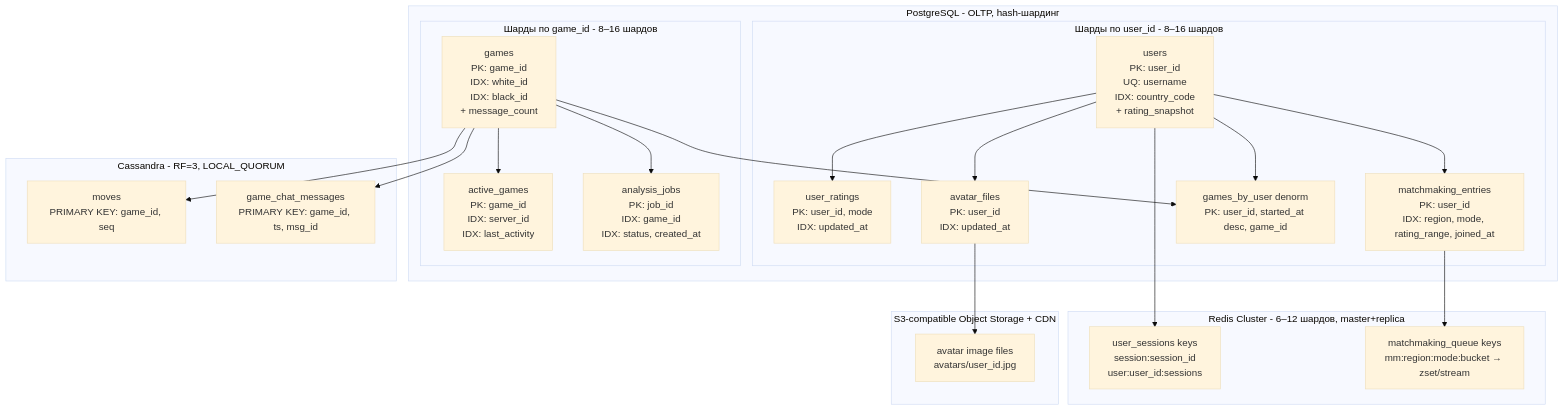
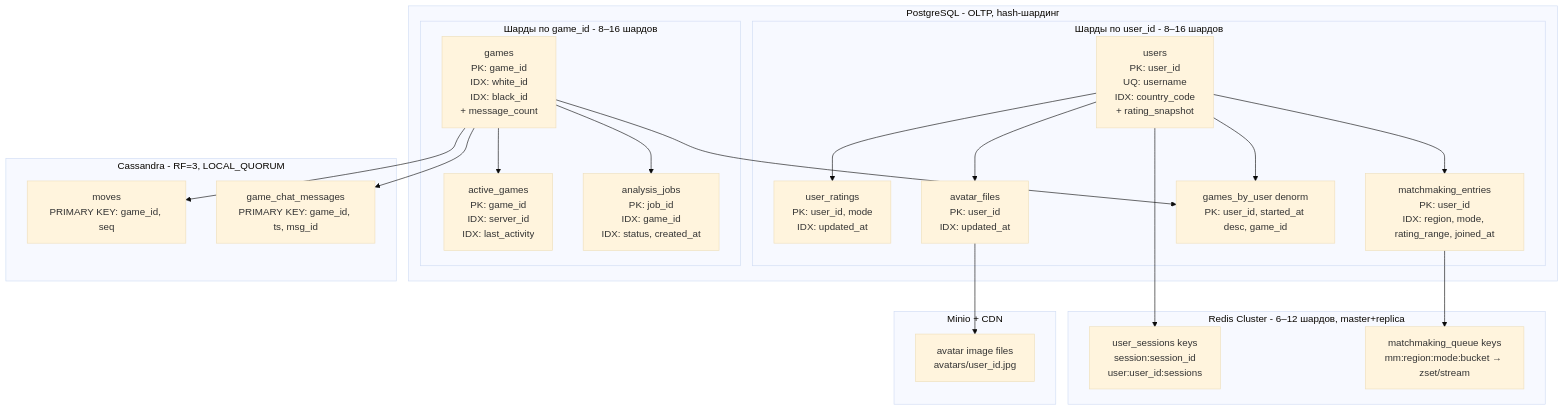
Before and after one commit to Xeonoff/HighloadChessCom_VKTP: the fifth of 5 diagrams in README.md, drawn with Mermaid (base theme). The commit also changed other lines of this file, not shown here.

````diff
--- a/README.md
+++ b/README.md
@@ -603,50 +602,50 @@
 ```mermaid
 graph TD
     %% СУБД
     subgraph PG["PostgreSQL - OLTP, hash-шардинг"]
         subgraph PG_USERS["Шарды по user_id - 8–16 шардов"]
             users[users<br/>PK: user_id<br/>UQ: username<br/>IDX: country_code<br/>+ rating_snapshot]
             user_ratings[user_ratings<br/>PK: user_id, mode<br/>IDX: updated_at]
             avatars_meta[avatar_files<br/>PK: user_id<br/>IDX: updated_at]
             mm_entries[matchmaking_entries<br/>PK: user_id<br/>IDX: region, mode, rating_range, joined_at]
             games_by_user[games_by_user denorm<br/>PK: user_id, started_at desc, game_id]
         end
 
         subgraph PG_GAMES["Шарды по game_id - 8–16 шардов"]
             games[games<br/>PK: game_id<br/>IDX: white_id<br/>IDX: black_id<br/>+ message_count]
             active_games[active_games<br/>PK: game_id<br/>IDX: server_id<br/>IDX: last_activity]
             analysis_jobs[analysis_jobs<br/>PK: job_id<br/>IDX: game_id<br/>IDX: status, created_at]
         end
     end
 
     subgraph CASS["Cassandra - RF=3, LOCAL_QUORUM"]
         moves[moves<br/>PRIMARY KEY: game_id, seq]
         chat[game_chat_messages<br/>PRIMARY KEY: game_id, ts, msg_id]
     end
 
     subgraph REDIS["Redis Cluster - 6–12 шардов, master+replica"]
         sessions[user_sessions keys<br/>session:session_id<br/>user:user_id:sessions]
         mm_queue[matchmaking_queue keys<br/>mm:region:mode:bucket → zset/stream]
     end
 
-    subgraph S3["S3-compatible Object Storage + CDN"]
+    subgraph S3["Minio + CDN"]
         avatars[avatar image files<br/>avatars/user_id.jpg]
     end
 
     %% Связи логики
     users --> user_ratings
     users --> avatars_meta
     users --> mm_entries
     users --> games_by_user
     users --> sessions
 
     avatars_meta --> avatars
 
     games --> moves
     games --> chat
     games --> active_games
     games --> analysis_jobs
     games --> games_by_user
 
     mm_entries --> mm_queue
 ```
````
